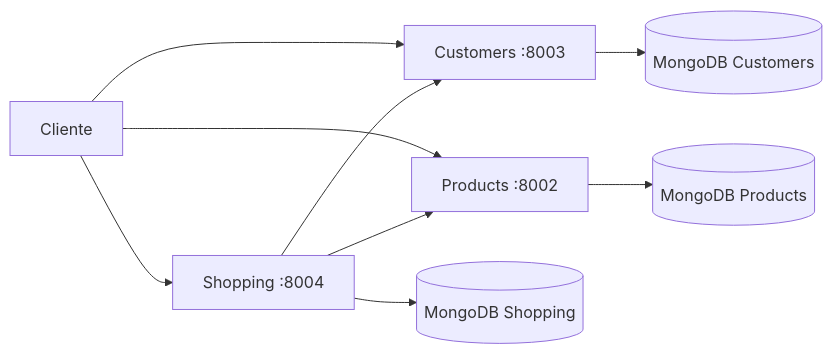
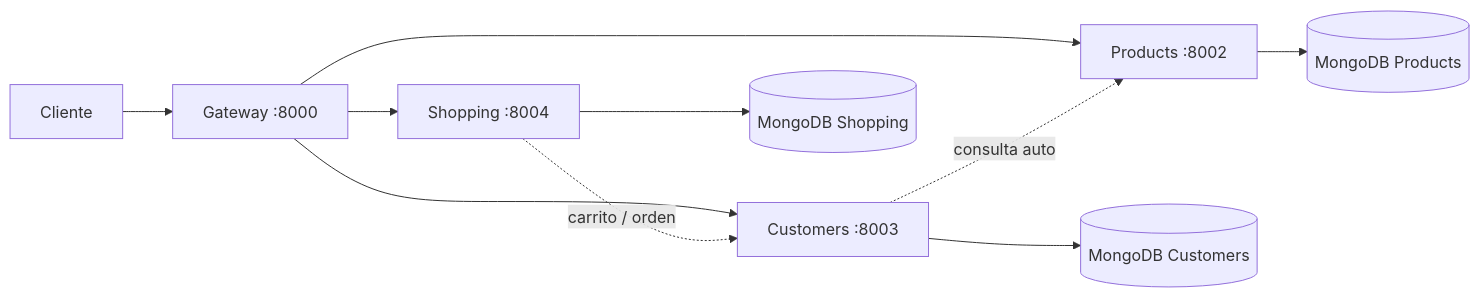
Before and after one commit to osorio22/microservices-projec-end: the first of 3 diagrams in README.md, drawn with Mermaid. The commit also changed other lines of this file and 26 other files, not shown here.

````diff
--- a/README.md
+++ b/README.md
@@ -30,15 +47,16 @@
 ```mermaid
 flowchart LR
-    CLIENTE[Cliente]
+    CLI[Cliente]
 
-    CLIENTE --> C[Customers :8003]
-    CLIENTE --> P[Products :8002]
-    CLIENTE --> S[Shopping :8004]
+    CLI --> GW[Gateway :8000]
+    GW --> C[Customers :8003]
+    GW --> P[Products :8002]
+    GW --> S[Shopping :8004]
 
     C --> DB1[(MongoDB Customers)]
     P --> DB2[(MongoDB Products)]
     S --> DB3[(MongoDB Shopping)]
 
-    S --> C
-    S --> P
+    C -. consulta auto .-> P
+    S -. carrito / orden .-> C
 ```
````
